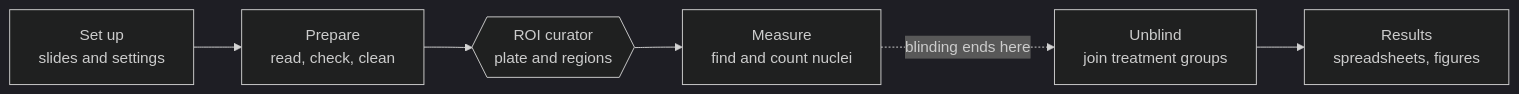
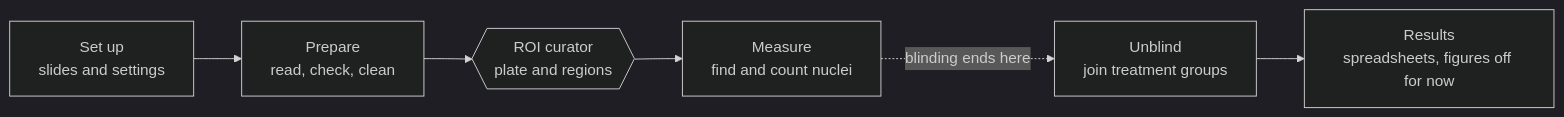
The first of 2 diagrams in docs/user-guide.md (mbel-tech/the-great-IHC-leap-forward), drawn with Mermaid (dark theme) before and after one commit. The commit also changed other lines of this file, not shown here.

First line of the commit message:
User guide: the R figure steps are switched off (#49)

````diff
--- a/docs/user-guide.md
+++ b/docs/user-guide.md
@@ -40,8 +40,8 @@
 ```mermaid
 flowchart LR
     A[Set up<br/>slides and settings] --> B[Prepare<br/>read, check, clean]
     B --> E{{ROI curator<br/>plate and regions}}
     E --> F[Measure<br/>find and count nuclei]
     F -. blinding ends here .-> G[Unblind<br/>join treatment groups]
-    G --> H[Results<br/>spreadsheets, figures]
+    G --> H[Results<br/>spreadsheets, figures off for now]
 ```
````
